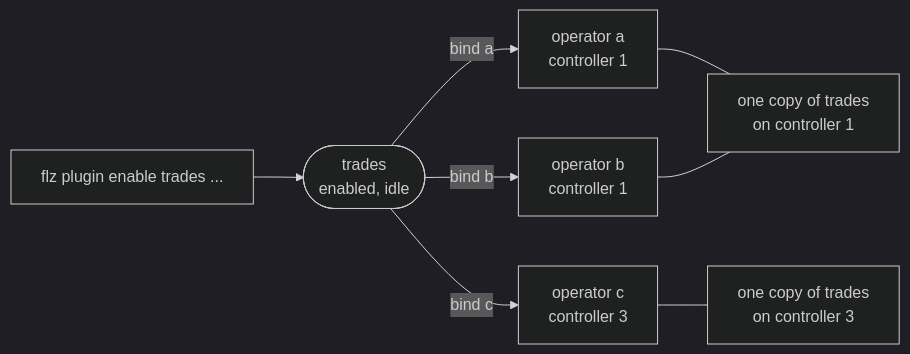
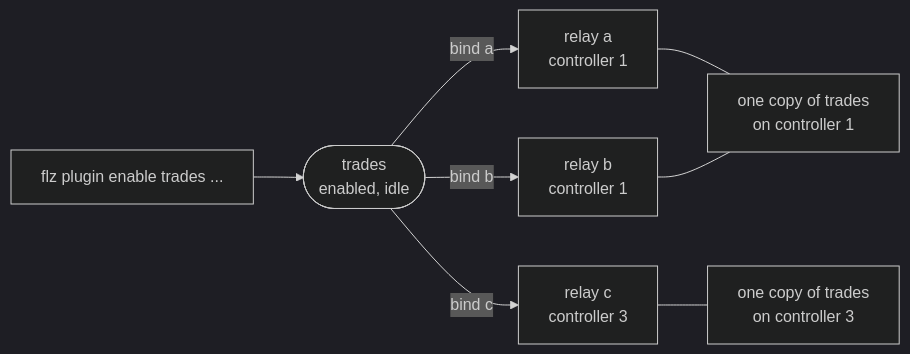
The diagram in priv/ai_kit/docs/plugins.md (Flezha/flezha), drawn with Mermaid (dark theme) before and after one commit. The commit also changed other lines of this file and 1198 other files, not shown here.

First line of the commit message:
Call the unit a relay instead of an operator

````diff
--- a/priv/ai_kit/docs/plugins.md
+++ b/priv/ai_kit/docs/plugins.md
@@ -39,9 +39,9 @@
 ```mermaid
 flowchart LR
     E["flz plugin enable trades ..."] --> P(["trades<br/>enabled, idle"])
-    P -- "bind a" --> A["operator a<br/>controller 1"]
-    P -- "bind b" --> B["operator b<br/>controller 1"]
-    P -- "bind c" --> C["operator c<br/>controller 3"]
+    P -- "bind a" --> A["relay a<br/>controller 1"]
+    P -- "bind b" --> B["relay b<br/>controller 1"]
+    P -- "bind c" --> C["relay c<br/>controller 3"]
     A & B --- W1["one copy of trades<br/>on controller 1"]
     C --- W3["one copy of trades<br/>on controller 3"]
 ```
````
